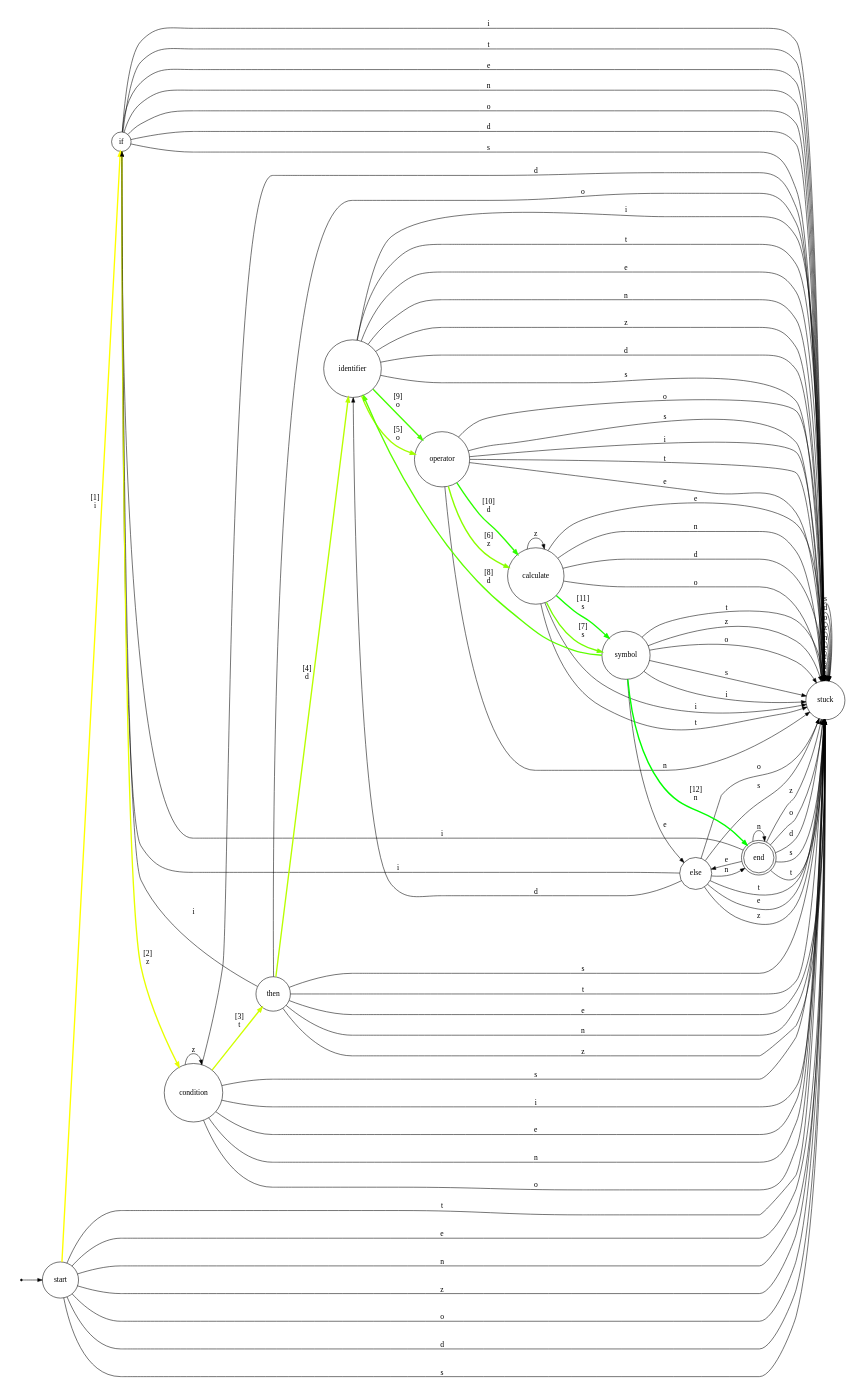
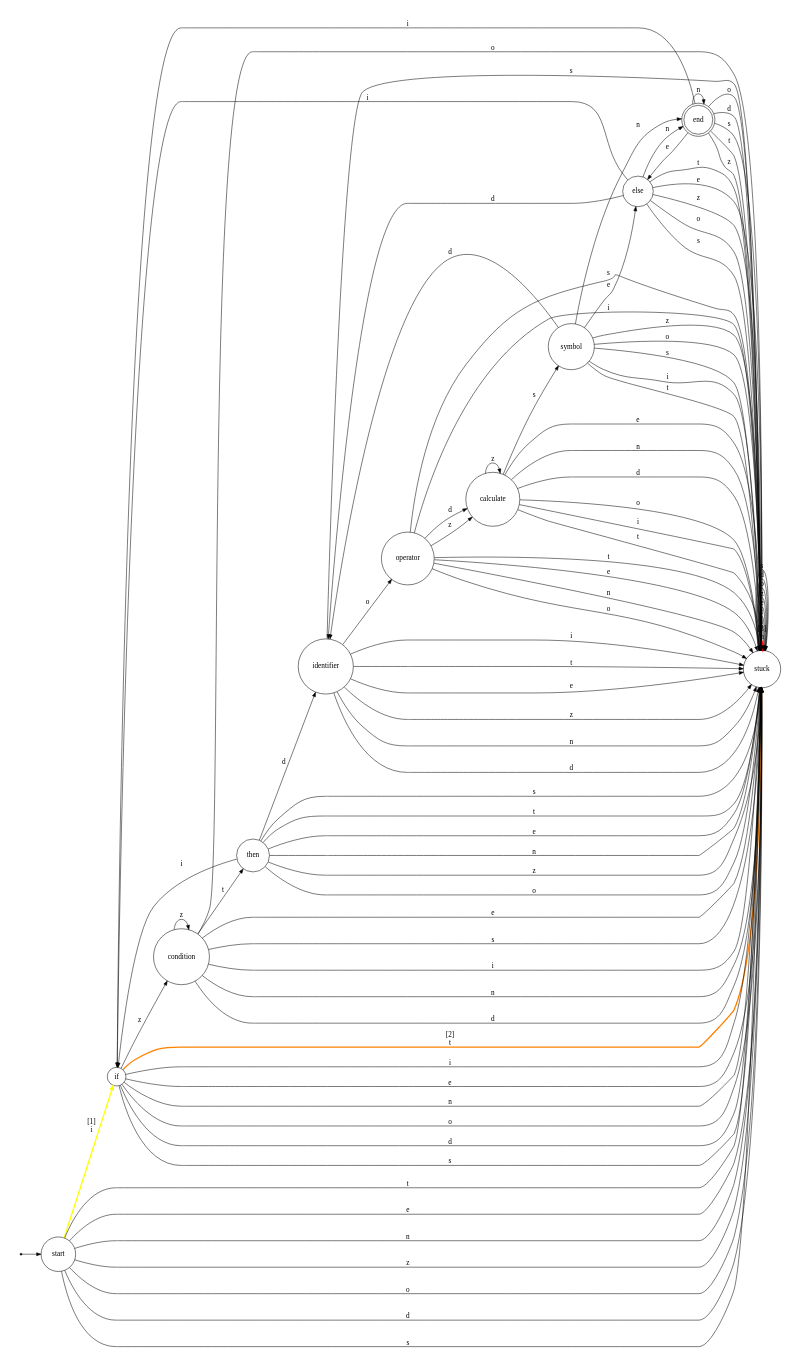
The diagram in Source/Code/Digraph.gv (MohamadAbdelmoniem/Compiler-Spring-2022), drawn with Graphviz before and after one commit. The commit also changed 10 other files, not shown here.

```diff
--- a/Source/Code/Digraph.gv
+++ b/Source/Code/Digraph.gv
@@ -1,119 +1,108 @@
 digraph {
 	ranksep=0.5 size="8, 8"
 	rankdir=LR
 	Initial [label="" fontsize=14.0 shape=point]
 	calculate [fontsize=14.0 shape=circle]
 	condition [fontsize=14.0 shape=circle]
 	else [fontsize=14.0 shape=circle]
 	end [fontsize=14.0 shape=doublecircle]
 	identifier [fontsize=14.0 shape=circle]
 	if [fontsize=14.0 shape=circle]
 	operator [fontsize=14.0 shape=circle]
 	start [fontsize=14.0 shape=circle]
 	stuck [fontsize=14.0 shape=circle]
 	symbol [fontsize=14.0 shape=circle]
 	then [fontsize=14.0 shape=circle]
 	Initial -> start [arrowsize=0.85]
 	start -> if [label=" [1]
 i " arrowsize=0.85 color="#ffff00" fontsize=14.0 penwidth=2.5]
-	if -> condition [label=" [2]
-z " arrowsize=0.85 color="#e8ff00" fontsize=14.0 penwidth=2.5]
-	condition -> then [label=" [3]
-t " arrowsize=0.85 color="#d1ff00" fontsize=14.0 penwidth=2.5]
-	then -> identifier [label=" [4]
-d " arrowsize=0.85 color="#b9ff00" fontsize=14.0 penwidth=2.5]
-	identifier -> operator [label=" [5]
-o " arrowsize=0.85 color="#a2ff00" fontsize=14.0 penwidth=2.5]
-	operator -> calculate [label=" [6]
-z " arrowsize=0.85 color="#8bff00" fontsize=14.0 penwidth=2.5]
-	calculate -> symbol [label=" [7]
-s " arrowsize=0.85 color="#74ff00" fontsize=14.0 penwidth=2.5]
-	symbol -> identifier [label=" [8]
-d " arrowsize=0.85 color="#5dff00" fontsize=14.0 penwidth=2.5]
-	identifier -> operator [label=" [9]
-o " arrowsize=0.85 color="#46ff00" fontsize=14.0 penwidth=2.5]
-	operator -> calculate [label=" [10]
-d " arrowsize=0.85 color="#2eff00" fontsize=14.0 penwidth=2.5]
-	calculate -> symbol [label=" [11]
-s " arrowsize=0.85 color="#17ff00" fontsize=14.0 penwidth=2.5]
-	symbol -> end [label=" [12]
-n " arrowsize=0.85 color="#00ff00" fontsize=14.0 penwidth=2.5]
+	if -> stuck [label=" [2]
+t " arrowsize=0.85 color="#ff8000" fontsize=14.0 penwidth=2.5]
+	stuck -> stuck [label=" [3]
+n " arrowsize=0.85 color="#ff0000" fontsize=14.0 penwidth=2.5]
 	start -> stuck [label=" t " arrowsize=0.85 fontsize=14.0]
 	start -> stuck [label=" e " arrowsize=0.85 fontsize=14.0]
 	start -> stuck [label=" n " arrowsize=0.85 fontsize=14.0]
 	start -> stuck [label=" z " arrowsize=0.85 fontsize=14.0]
 	start -> stuck [label=" o " arrowsize=0.85 fontsize=14.0]
 	start -> stuck [label=" d " arrowsize=0.85 fontsize=14.0]
 	start -> stuck [label=" s " arrowsize=0.85 fontsize=14.0]
 	if -> stuck [label=" i " arrowsize=0.85 fontsize=14.0]
-	if -> stuck [label=" t " arrowsize=0.85 fontsize=14.0]
 	if -> stuck [label=" e " arrowsize=0.85 fontsize=14.0]
 	if -> stuck [label=" n " arrowsize=0.85 fontsize=14.0]
+	if -> condition [label=" z " arrowsize=0.85 fontsize=14.0]
 	if -> stuck [label=" o " arrowsize=0.85 fontsize=14.0]
 	if -> stuck [label=" d " arrowsize=0.85 fontsize=14.0]
 	if -> stuck [label=" s " arrowsize=0.85 fontsize=14.0]
 	then -> if [label=" i " arrowsize=0.85 fontsize=14.0]
 	then -> stuck [label=" t " arrowsize=0.85 fontsize=14.0]
 	then -> stuck [label=" e " arrowsize=0.85 fontsize=14.0]
 	then -> stuck [label=" n " arrowsize=0.85 fontsize=14.0]
 	then -> stuck [label=" z " arrowsize=0.85 fontsize=14.0]
 	then -> stuck [label=" o " arrowsize=0.85 fontsize=14.0]
+	then -> identifier [label=" d " arrowsize=0.85 fontsize=14.0]
 	then -> stuck [label=" s " arrowsize=0.85 fontsize=14.0]
 	else -> if [label=" i " arrowsize=0.85 fontsize=14.0]
 	else -> stuck [label=" t " arrowsize=0.85 fontsize=14.0]
 	else -> stuck [label=" e " arrowsize=0.85 fontsize=14.0]
 	else -> end [label=" n " arrowsize=0.85 fontsize=14.0]
 	else -> stuck [label=" z " arrowsize=0.85 fontsize=14.0]
 	else -> stuck [label=" o " arrowsize=0.85 fontsize=14.0]
 	else -> identifier [label=" d " arrowsize=0.85 fontsize=14.0]
 	else -> stuck [label=" s " arrowsize=0.85 fontsize=14.0]
 	end -> if [label=" i " arrowsize=0.85 fontsize=14.0]
 	end -> stuck [label=" t " arrowsize=0.85 fontsize=14.0]
 	end -> else [label=" e " arrowsize=0.85 fontsize=14.0]
 	end -> end [label=" n " arrowsize=0.85 fontsize=14.0]
 	end -> stuck [label=" z " arrowsize=0.85 fontsize=14.0]
 	end -> stuck [label=" o " arrowsize=0.85 fontsize=14.0]
 	end -> stuck [label=" d " arrowsize=0.85 fontsize=14.0]
 	end -> stuck [label=" s " arrowsize=0.85 fontsize=14.0]
 	stuck -> stuck [label=" i " arrowsize=0.85 fontsize=14.0]
 	stuck -> stuck [label=" t " arrowsize=0.85 fontsize=14.0]
 	stuck -> stuck [label=" e " arrowsize=0.85 fontsize=14.0]
-	stuck -> stuck [label=" n " arrowsize=0.85 fontsize=14.0]
 	stuck -> stuck [label=" z " arrowsize=0.85 fontsize=14.0]
 	stuck -> stuck [label=" o " arrowsize=0.85 fontsize=14.0]
 	stuck -> stuck [label=" d " arrowsize=0.85 fontsize=14.0]
 	stuck -> stuck [label=" s " arrowsize=0.85 fontsize=14.0]
 	condition -> stuck [label=" i " arrowsize=0.85 fontsize=14.0]
+	condition -> then [label=" t " arrowsize=0.85 fontsize=14.0]
 	condition -> condition [label=" z " arrowsize=0.85 fontsize=14.0]
 	condition -> stuck [label=" e " arrowsize=0.85 fontsize=14.0]
 	condition -> stuck [label=" n " arrowsize=0.85 fontsize=14.0]
 	condition -> stuck [label=" o " arrowsize=0.85 fontsize=14.0]
 	condition -> stuck [label=" d " arrowsize=0.85 fontsize=14.0]
 	condition -> stuck [label=" s " arrowsize=0.85 fontsize=14.0]
 	identifier -> stuck [label=" i " arrowsize=0.85 fontsize=14.0]
 	identifier -> stuck [label=" t " arrowsize=0.85 fontsize=14.0]
 	identifier -> stuck [label=" e " arrowsize=0.85 fontsize=14.0]
 	identifier -> stuck [label=" n " arrowsize=0.85 fontsize=14.0]
 	identifier -> stuck [label=" z " arrowsize=0.85 fontsize=14.0]
 	identifier -> stuck [label=" d " arrowsize=0.85 fontsize=14.0]
+	identifier -> operator [label=" o " arrowsize=0.85 fontsize=14.0]
 	identifier -> stuck [label=" s " arrowsize=0.85 fontsize=14.0]
 	operator -> stuck [label=" i " arrowsize=0.85 fontsize=14.0]
 	operator -> stuck [label=" t " arrowsize=0.85 fontsize=14.0]
 	operator -> stuck [label=" e " arrowsize=0.85 fontsize=14.0]
 	operator -> stuck [label=" n " arrowsize=0.85 fontsize=14.0]
+	operator -> calculate [label=" z " arrowsize=0.85 fontsize=14.0]
+	operator -> calculate [label=" d " arrowsize=0.85 fontsize=14.0]
 	operator -> stuck [label=" o " arrowsize=0.85 fontsize=14.0]
 	operator -> stuck [label=" s " arrowsize=0.85 fontsize=14.0]
 	calculate -> stuck [label=" i " arrowsize=0.85 fontsize=14.0]
 	calculate -> stuck [label=" t " arrowsize=0.85 fontsize=14.0]
 	calculate -> stuck [label=" e " arrowsize=0.85 fontsize=14.0]
 	calculate -> stuck [label=" n " arrowsize=0.85 fontsize=14.0]
 	calculate -> calculate [label=" z " arrowsize=0.85 fontsize=14.0]
 	calculate -> stuck [label=" d " arrowsize=0.85 fontsize=14.0]
 	calculate -> stuck [label=" o " arrowsize=0.85 fontsize=14.0]
+	calculate -> symbol [label=" s " arrowsize=0.85 fontsize=14.0]
 	symbol -> stuck [label=" i " arrowsize=0.85 fontsize=14.0]
 	symbol -> stuck [label=" t " arrowsize=0.85 fontsize=14.0]
 	symbol -> else [label=" e " arrowsize=0.85 fontsize=14.0]
+	symbol -> end [label=" n " arrowsize=0.85 fontsize=14.0]
 	symbol -> stuck [label=" z " arrowsize=0.85 fontsize=14.0]
+	symbol -> identifier [label=" d " arrowsize=0.85 fontsize=14.0]
 	symbol -> stuck [label=" o " arrowsize=0.85 fontsize=14.0]
 	symbol -> stuck [label=" s " arrowsize=0.85 fontsize=14.0]
 }
```
